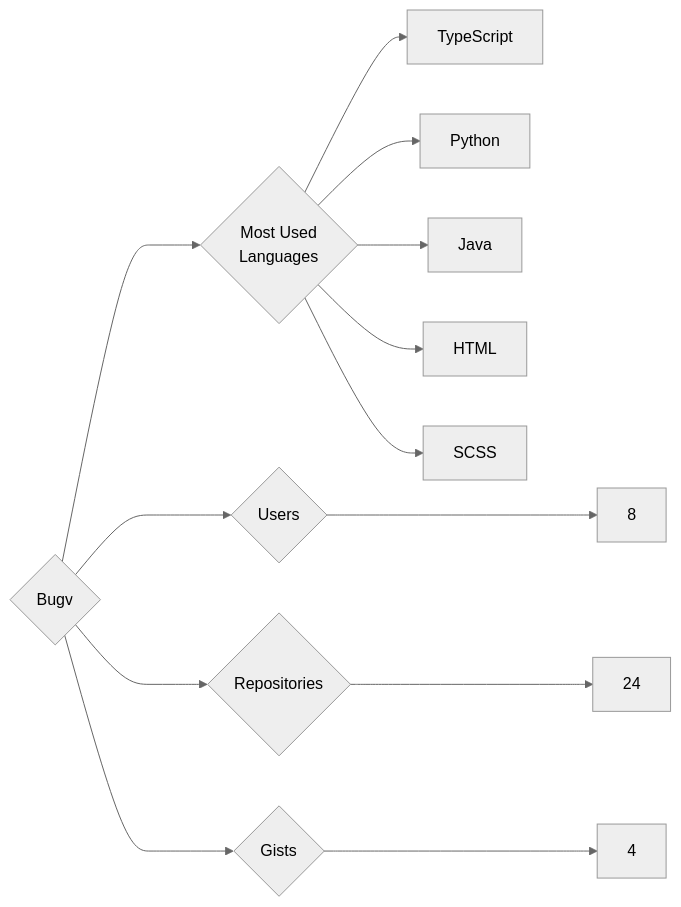
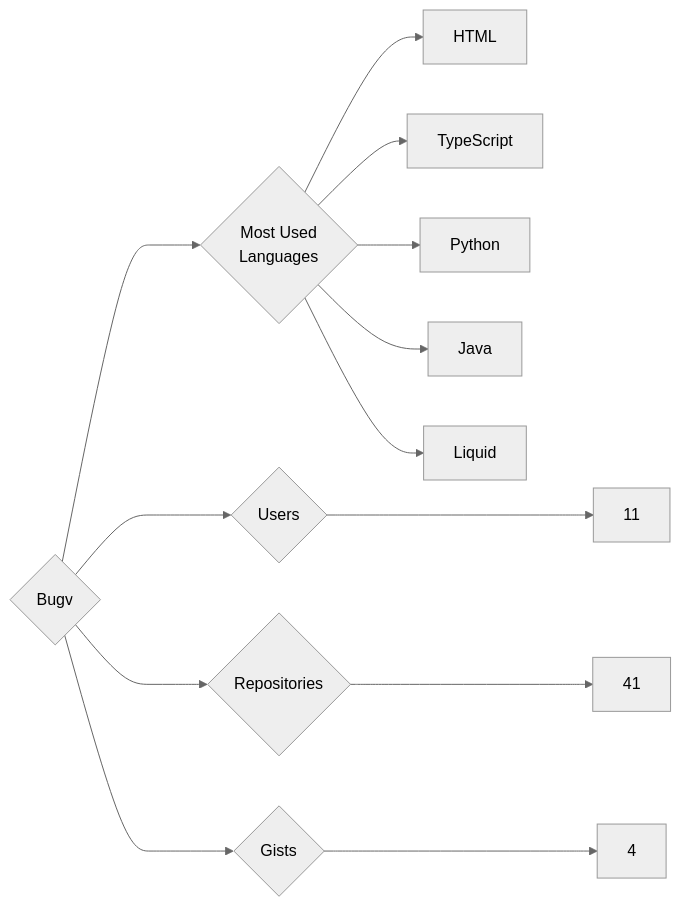
Before and after one commit to trickest/insiders: the diagram in targets/Bugv/README.md, drawn with Mermaid (neutral theme). The commit also changed 1166 other files, not shown here.

````diff
--- a/targets/Bugv/README.md
+++ b/targets/Bugv/README.md
@@ -3,13 +3,13 @@
 ```mermaid
 graph LR
 COMPANY_NAME{Bugv}
-COMPANY_NAME ---> U{Users} ---> UN[8]
-COMPANY_NAME ---> R{Repositories} ---> RN[24]
+COMPANY_NAME ---> U{Users} ---> UN[11]
+COMPANY_NAME ---> R{Repositories} ---> RN[41]
 COMPANY_NAME ---> G{Gists} ---> GN[4]
 COMPANY_NAME ---> ML{Most Used<br>Languages}
+ML --> HTML[HTML]
 ML --> TypeScript[TypeScript]
 ML --> Python[Python]
 ML --> Java[Java]
-ML --> HTML[HTML]
-ML --> SCSS[SCSS]
+ML --> Liquid[Liquid]
 ```
````
